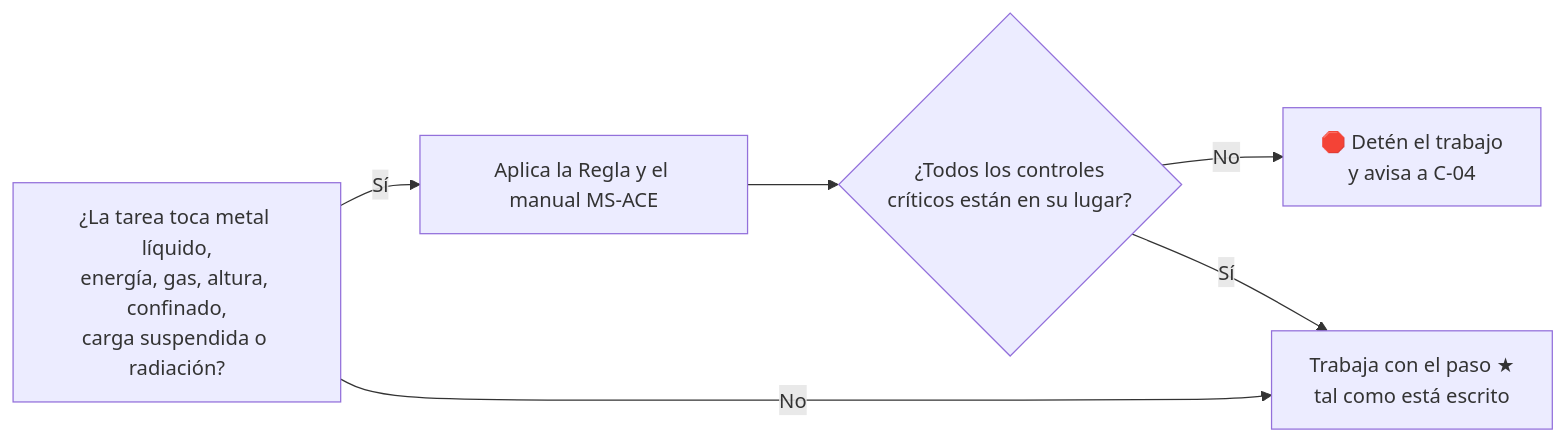
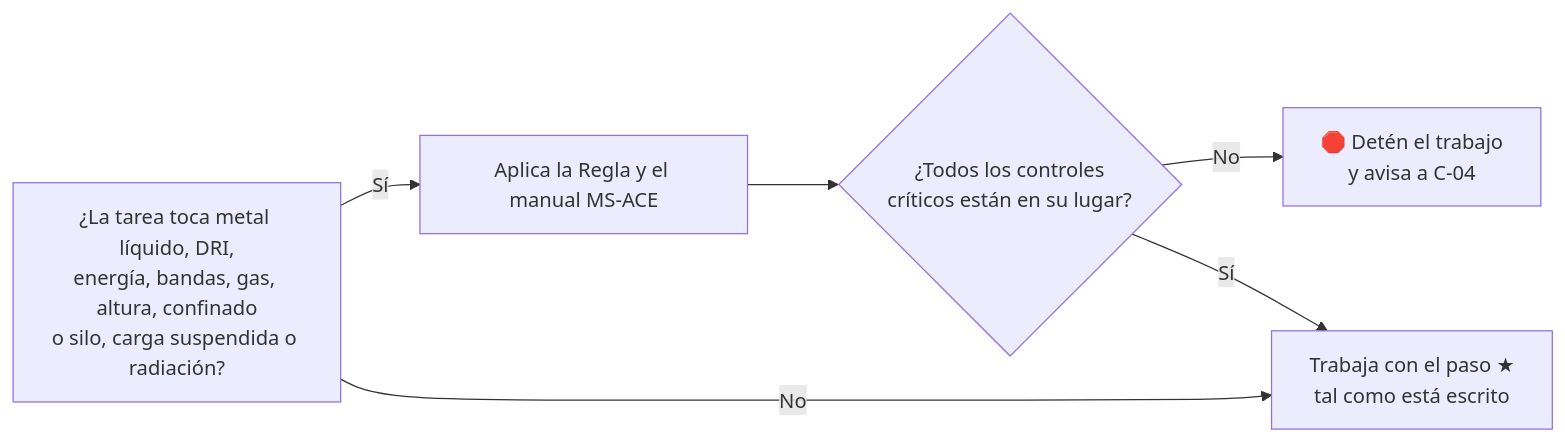
One commit to diegocardonaguzman03-maker/HR changed the diagram in 10-plantas/01-steelmaking/04-seguridad/README.md. Above: the diagram before and after it, drawn with Mermaid. The commit also changed other lines of this file and 21 other files, not shown here.

````diff
--- a/10-plantas/01-steelmaking/04-seguridad/README.md
+++ b/10-plantas/01-steelmaking/04-seguridad/README.md
@@ -46,8 +51,8 @@
 ```mermaid
 flowchart LR
-    A["¿La tarea toca metal líquido,<br/>energía, gas, altura, confinado,<br/>carga suspendida o radiación?"] -- "Sí" --> B["Aplica la Regla y el manual MS-ACE"]
+    A["¿La tarea toca metal líquido, DRI,<br/>energía, bandas, gas, altura, confinado<br/>o silo, carga suspendida o radiación?"] -- "Sí" --> B["Aplica la Regla y el manual MS-ACE"]
     B --> C{"¿Todos los controles<br/>críticos están en su lugar?"}
     C -- "No" --> D["🛑 Detén el trabajo<br/>y avisa a C-04"]
     C -- "Sí" --> E["Trabaja con el paso ★<br/>tal como está escrito"]
     A -- "No" --> E
 ```
````
